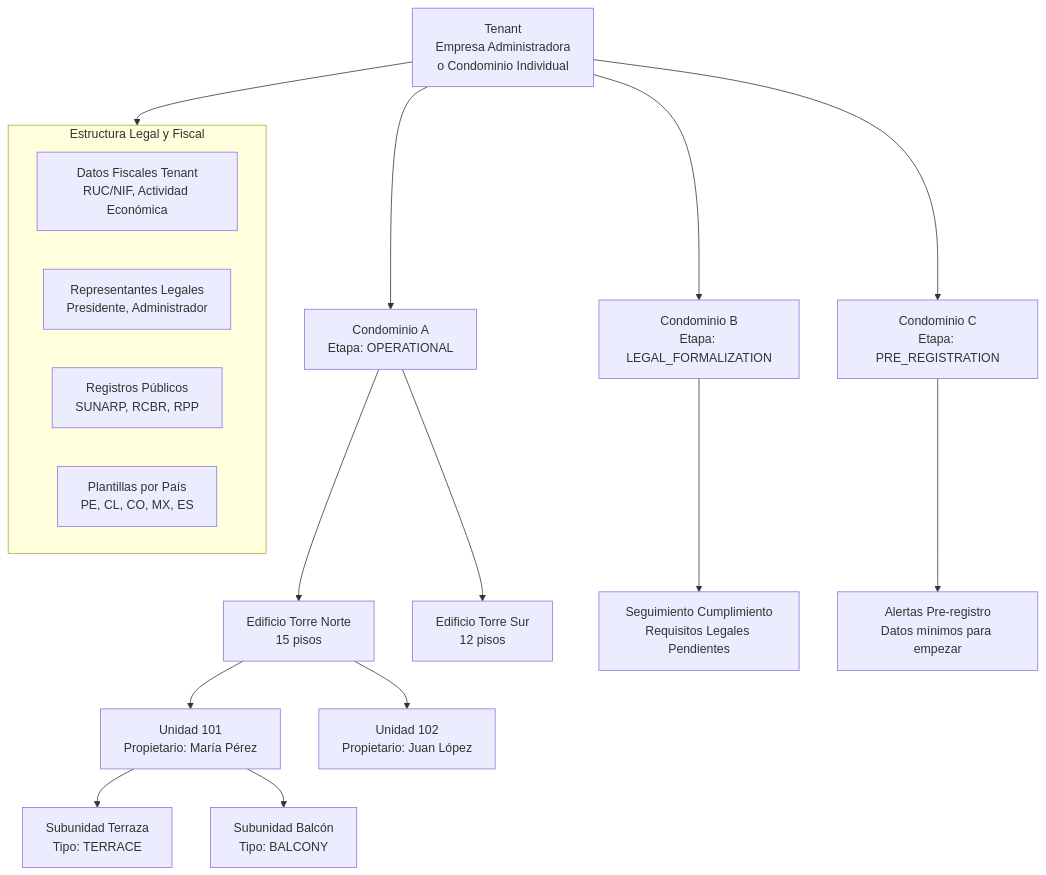
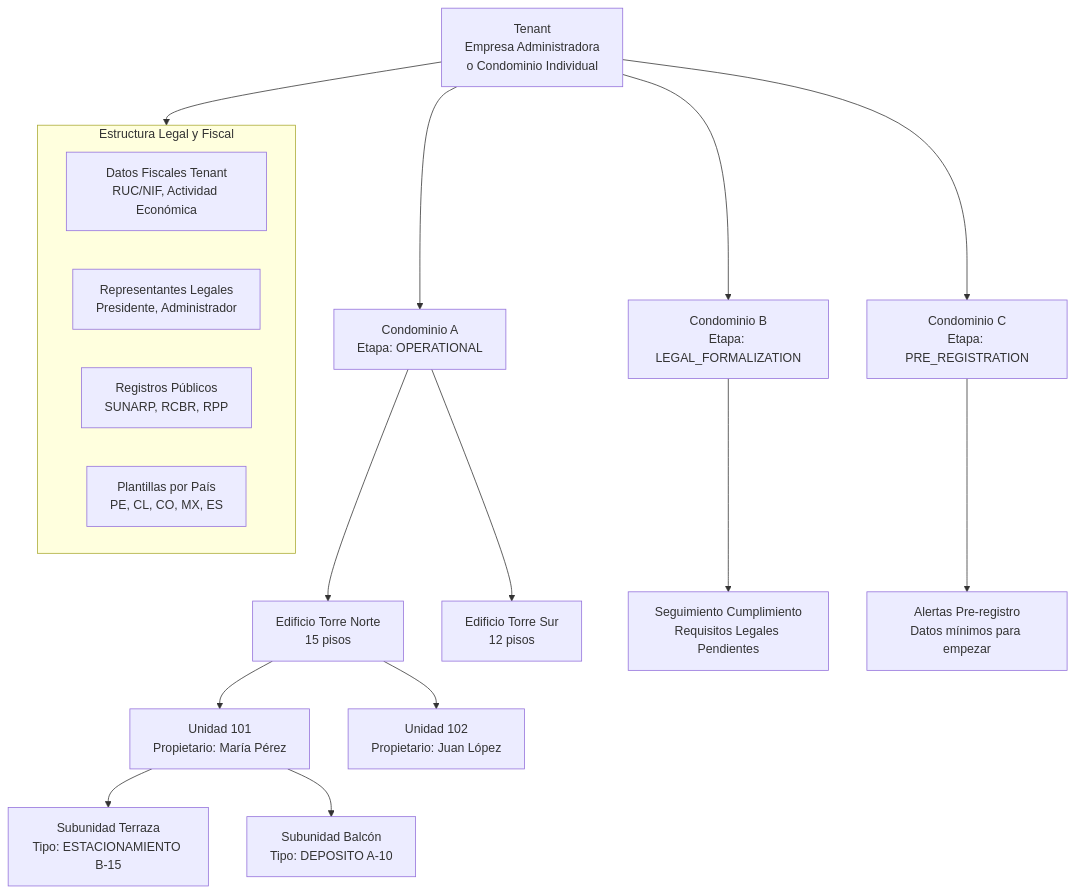
Before and after one commit to latamteks-cmyk/SmartEdify_spec: the third of 4 diagrams in 00-Governance/database_arq.md, drawn with Mermaid.

````diff
--- a/00-Governance/database_arq.md
+++ b/00-Governance/database_arq.md
@@ -449,29 +449,29 @@
 ```mermaid
 flowchart TB
     T["Tenant<br/>Empresa Administradora<br/>o Condominio Individual"]
     
     T --> C1["Condominio A<br/>Etapa: OPERATIONAL"]
     T --> C2["Condominio B<br/>Etapa: LEGAL_FORMALIZATION"]
     T --> C3["Condominio C<br/>Etapa: PRE_REGISTRATION"]
     
     C1 --> B1A["Edificio Torre Norte<br/>15 pisos"]
     C1 --> B1B["Edificio Torre Sur<br/>12 pisos"]
     
     B1A --> U1A1["Unidad 101<br/>Propietario: María Pérez"]
     B1A --> U1A2["Unidad 102<br/>Propietario: Juan López"]
     
-    U1A1 --> S1A1A["Subunidad Terraza<br/>Tipo: TERRACE"]
-    U1A1 --> S1A1B["Subunidad Balcón<br/>Tipo: BALCONY"]
+    U1A1 --> S1A1A["Subunidad Terraza<br/>Tipo: ESTACIONAMIENTO B-15"]
+    U1A1 --> S1A1B["Subunidad Balcón<br/>Tipo: DEPOSITO A-10"]
     
     C2 --> COMPLIANCE_TRACK["Seguimiento Cumplimiento<br/>Requisitos Legales Pendientes"]
     C3 --> ALERTS["Alertas Pre-registro<br/>Datos mínimos para empezar"]
     
     subgraph LEGAL["Estructura Legal y Fiscal"]
         L1["Datos Fiscales Tenant<br/>RUC/NIF, Actividad Económica"]
         L2["Representantes Legales<br/>Presidente, Administrador"]
         L3["Registros Públicos<br/>SUNARP, RCBR, RPP"]
         L4["Plantillas por País<br/>PE, CL, CO, MX, ES"]
     end
     
     T --> LEGAL
 ```
````
